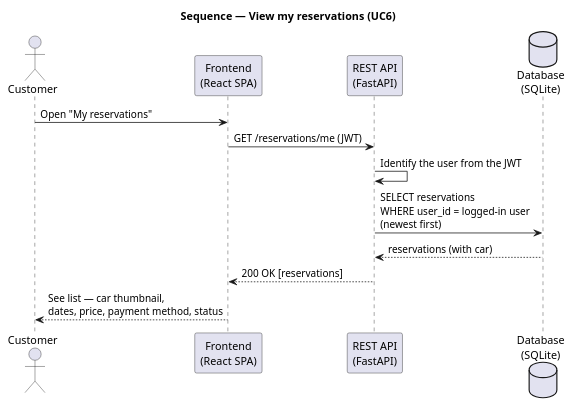
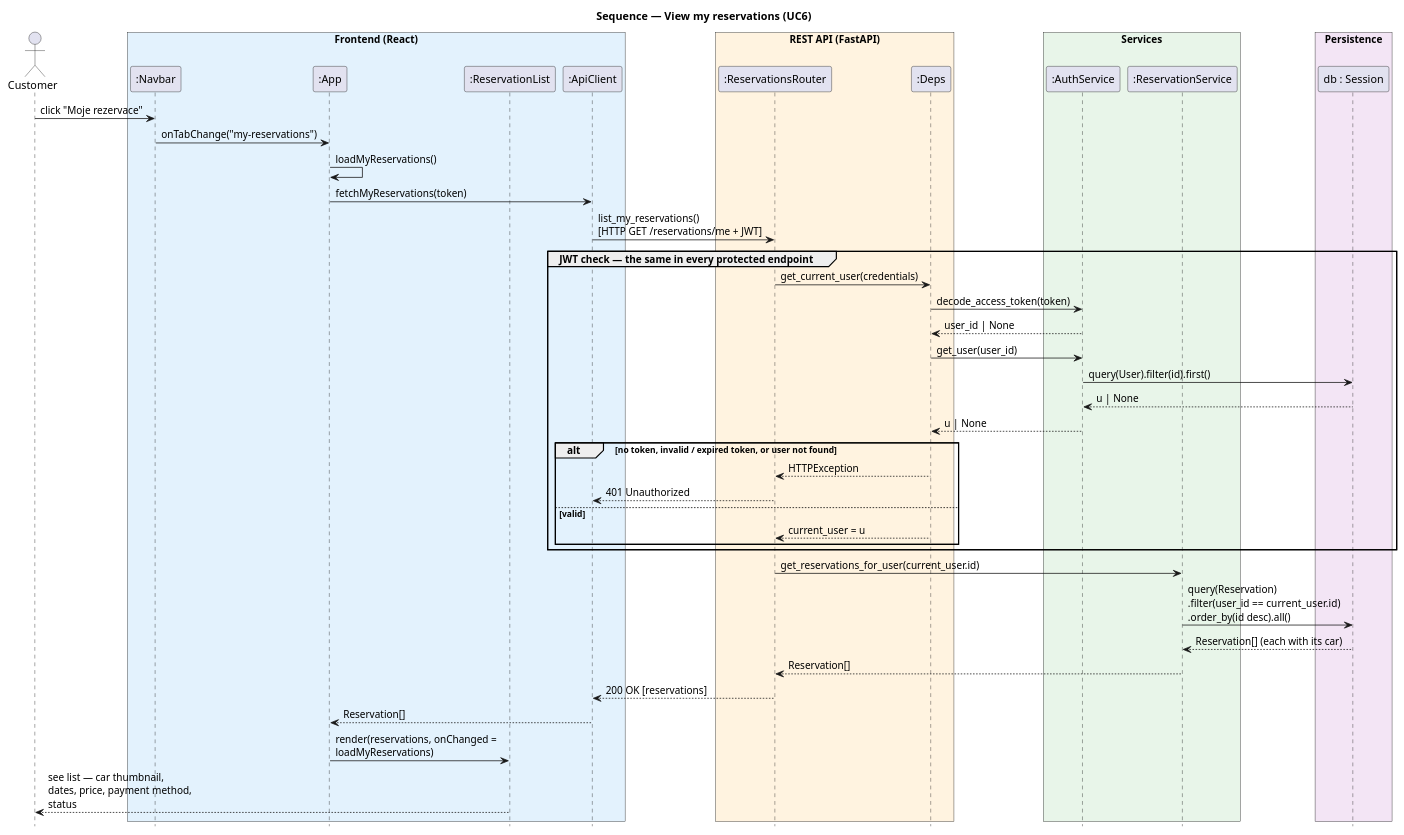
Before and after one commit to DavidMagyarics/CarRentalVSB: the diagram in docs/diagrams/sequence-view-my-reservations.puml, drawn with PlantUML. The commit also changed 45 other files, not shown here.

Commit message:
docs: model the sequence diagrams on concrete classes and objects, sync the class diagram with the code

```diff
--- a/docs/diagrams/sequence-view-my-reservations.puml
+++ b/docs/diagrams/sequence-view-my-reservations.puml
@@ -1,17 +1,57 @@
 @startuml sequence-view-my-reservations
 skinparam backgroundColor white
+skinparam responseMessageBelowArrow true
+skinparam maxMessageSize 220
+hide footbox
 title Sequence — View my reservations (UC6)
 
 actor Customer
-participant "Frontend\n(React SPA)" as FE
-participant "REST API\n(FastAPI)" as API
-database "Database\n(SQLite)" as DB
+box "Frontend (React)" #E3F2FD
+  participant ":Navbar" as Navbar
+  participant ":App" as App
+  participant ":ReservationList" as List
+  participant ":ApiClient" as ApiClient
+end box
+box "REST API (FastAPI)" #FFF3E0
+  participant ":ReservationsRouter" as ResRouter
+  participant ":Deps" as Deps
+end box
+box "Services" #E8F5E9
+  participant ":AuthService" as AuthService
+  participant ":ReservationService" as ResService
+end box
+box "Persistence" #F3E5F5
+  participant "db : Session" as DB
+end box
 
-Customer -> FE: Open "My reservations"
-FE -> API: GET /reservations/me (JWT)
-API -> API: Identify the user from the JWT
-API -> DB: SELECT reservations\nWHERE user_id = logged-in user\n(newest first)
-DB --> API: reservations (with car)
-API --> FE: 200 OK [reservations]
-FE --> Customer: See list — car thumbnail,\ndates, price, payment method, status
+Customer -> Navbar : click "Moje rezervace"
+Navbar -> App : onTabChange("my-reservations")
+App -> App : loadMyReservations()
+App -> ApiClient : fetchMyReservations(token)
+ApiClient -> ResRouter : list_my_reservations()\n[HTTP GET /reservations/me + JWT]
+
+group JWT check — the same in every protected endpoint
+  ResRouter -> Deps : get_current_user(credentials)
+  Deps -> AuthService : decode_access_token(token)
+  AuthService --> Deps : user_id | None
+  Deps -> AuthService : get_user(user_id)
+  AuthService -> DB : query(User).filter(id).first()
+  DB --> AuthService : u | None
+  AuthService --> Deps : u | None
+  alt no token, invalid / expired token, or user not found
+    Deps --> ResRouter : HTTPException
+    ResRouter --> ApiClient : 401 Unauthorized
+  else valid
+    Deps --> ResRouter : current_user = u
+  end
+end
+
+ResRouter -> ResService : get_reservations_for_user(current_user.id)
+ResService -> DB : query(Reservation)\n.filter(user_id == current_user.id)\n.order_by(id desc).all()
+DB --> ResService : Reservation[] (each with its car)
+ResService --> ResRouter : Reservation[]
+ResRouter --> ApiClient : 200 OK [reservations]
+ApiClient --> App : Reservation[]
+App -> List : render(reservations, onChanged = loadMyReservations)
+List --> Customer : see list — car thumbnail,\ndates, price, payment method, status
 @enduml
```
